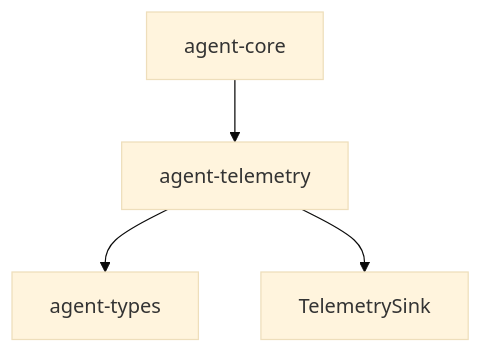
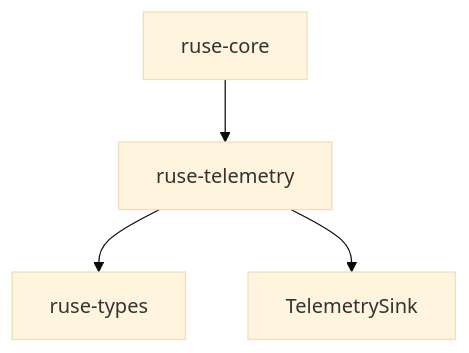
Before and after one commit to poneding/agent: the diagram in docs/specs/M12-02-telemetry.spec.md, drawn with Mermaid (base theme). The commit also changed other lines of this file and 2091 other files, not shown here.

First line of the commit message:
refactor: rename agent branding to ruse

````diff
--- a/docs/specs/M12-02-telemetry.spec.md
+++ b/docs/specs/M12-02-telemetry.spec.md
@@ -32,6 +32,6 @@
 ```mermaid
 flowchart TD
-  core["agent-core"] --> telemetry["agent-telemetry"]
-  telemetry --> types["agent-types"]
+  core["ruse-core"] --> telemetry["ruse-telemetry"]
+  telemetry --> types["ruse-types"]
   telemetry --> sink["TelemetrySink"]
 ```
````
